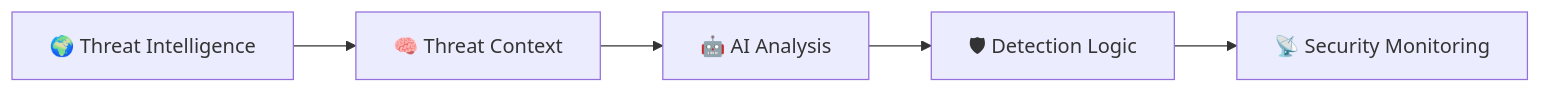
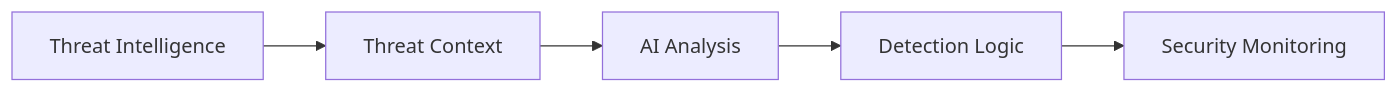
Before and after one commit to aminemaouhoub1312/ShadowScope-AM: the ninth of 11 diagrams in README.md, drawn with Mermaid. The commit also changed other lines of this file, not shown here.

````diff
--- a/README.md
+++ b/README.md
@@ -706,9 +706,9 @@
 ```mermaid
 flowchart LR
 
-A["🌍 Threat Intelligence"] -->
-B["🧠 Threat Context"] -->
-C["🤖 AI Analysis"] -->
-D["🛡 Detection Logic"] -->
-E["📡 Security Monitoring"]
+A[" Threat Intelligence"] -->
+B[" Threat Context"] -->
+C[" AI Analysis"] -->
+D[" Detection Logic"] -->
+E[" Security Monitoring"]
 ```
````
